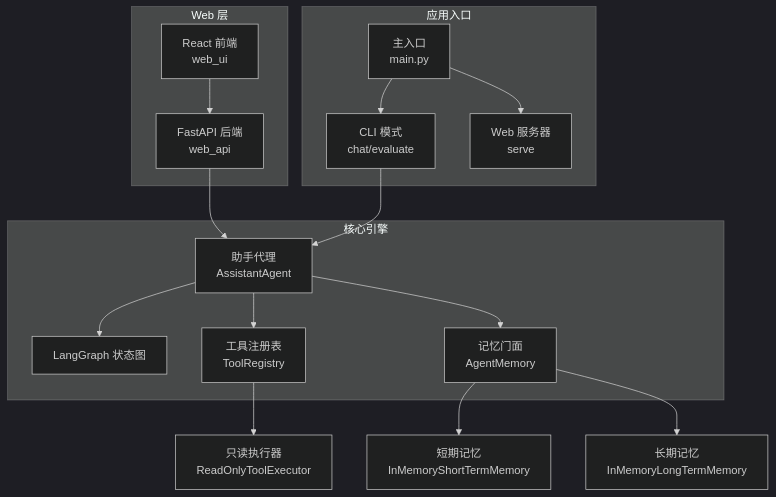
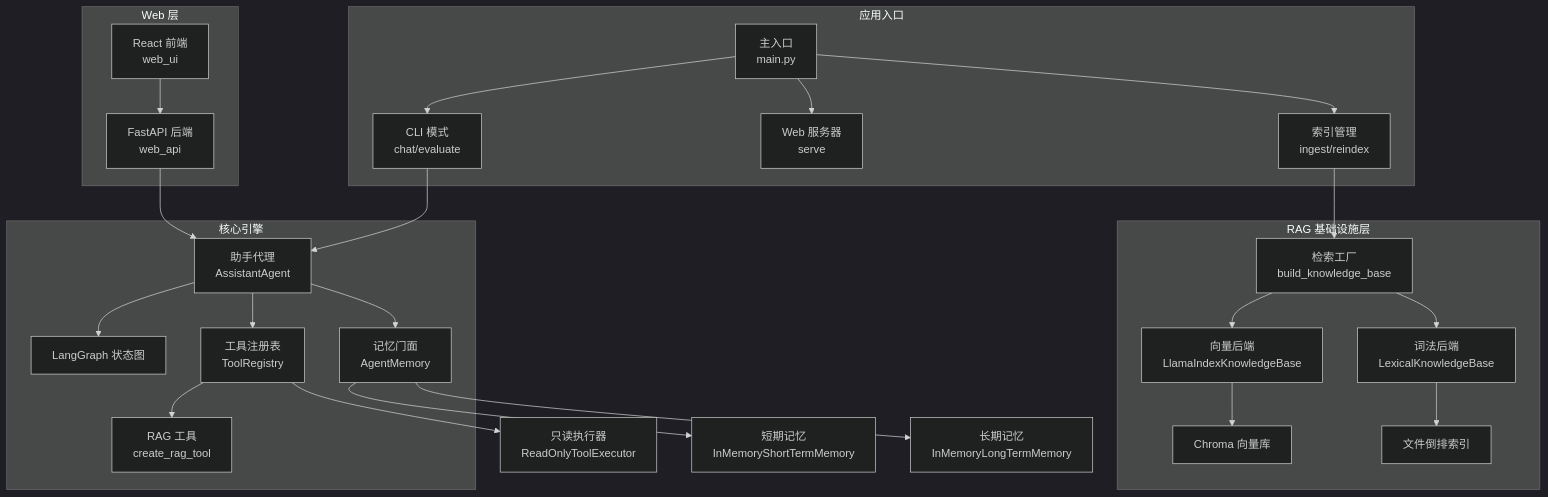
Before and after one commit to xyx1028/agentHelp: the first of 16 diagrams in .qoder/repowiki/zh/content/架构设计/架构设计.md, drawn with Mermaid (dark theme). The commit also changed other lines of this file and 115 other files, not shown here.

````diff
--- a/.qoder/repowiki/zh/content/架构设计/架构设计.md
+++ b/.qoder/repowiki/zh/content/架构设计/架构设计.md
@@ -54,20 +61,29 @@
 ```mermaid
 graph TB
 subgraph "Web 层"
 WebUI["React 前端<br/>web_ui"] --> WebAPI["FastAPI 后端<br/>web_api"]
 end
 subgraph "应用入口"
 Main["主入口<br/>main.py"] --> CLI["CLI 模式<br/>chat/evaluate"]
 Main --> WebServer["Web 服务器<br/>serve"]
+Main --> IndexMgmt["索引管理<br/>ingest/reindex"]
+end
+subgraph "RAG 基础设施层"
+RAGFactory["检索工厂<br/>build_knowledge_base"] --> VectorDB["向量后端<br/>LlamaIndexKnowledgeBase"]
+RAGFactory --> LexicalDB["词法后端<br/>LexicalKnowledgeBase"]
+VectorDB --> Chroma["Chroma 向量库"]
+LexicalDB --> FileIndex["文件倒排索引"]
 end
 subgraph "核心引擎"
 Agent["助手代理<br/>AssistantAgent"] --> Graph["LangGraph 状态图"]
 Agent --> Registry["工具注册表<br/>ToolRegistry"]
 Agent --> Memory["记忆门面<br/>AgentMemory"]
+Registry --> RAGTool["RAG 工具<br/>create_rag_tool"]
 end
 WebAPI --> Agent
 CLI --> Agent
+IndexMgmt --> RAGFactory
 Registry --> Executor["只读执行器<br/>ReadOnlyToolExecutor"]
 Memory --> Short["短期记忆<br/>InMemoryShortTermMemory"]
 Memory --> Long["长期记忆<br/>InMemoryLongTermMemory"]
 ```
````
